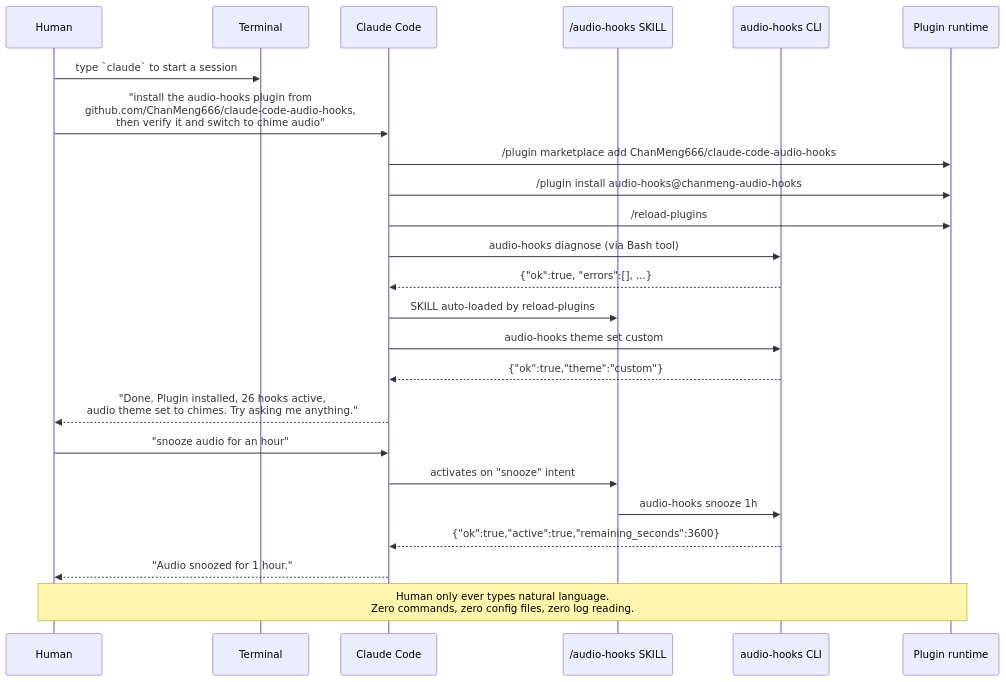
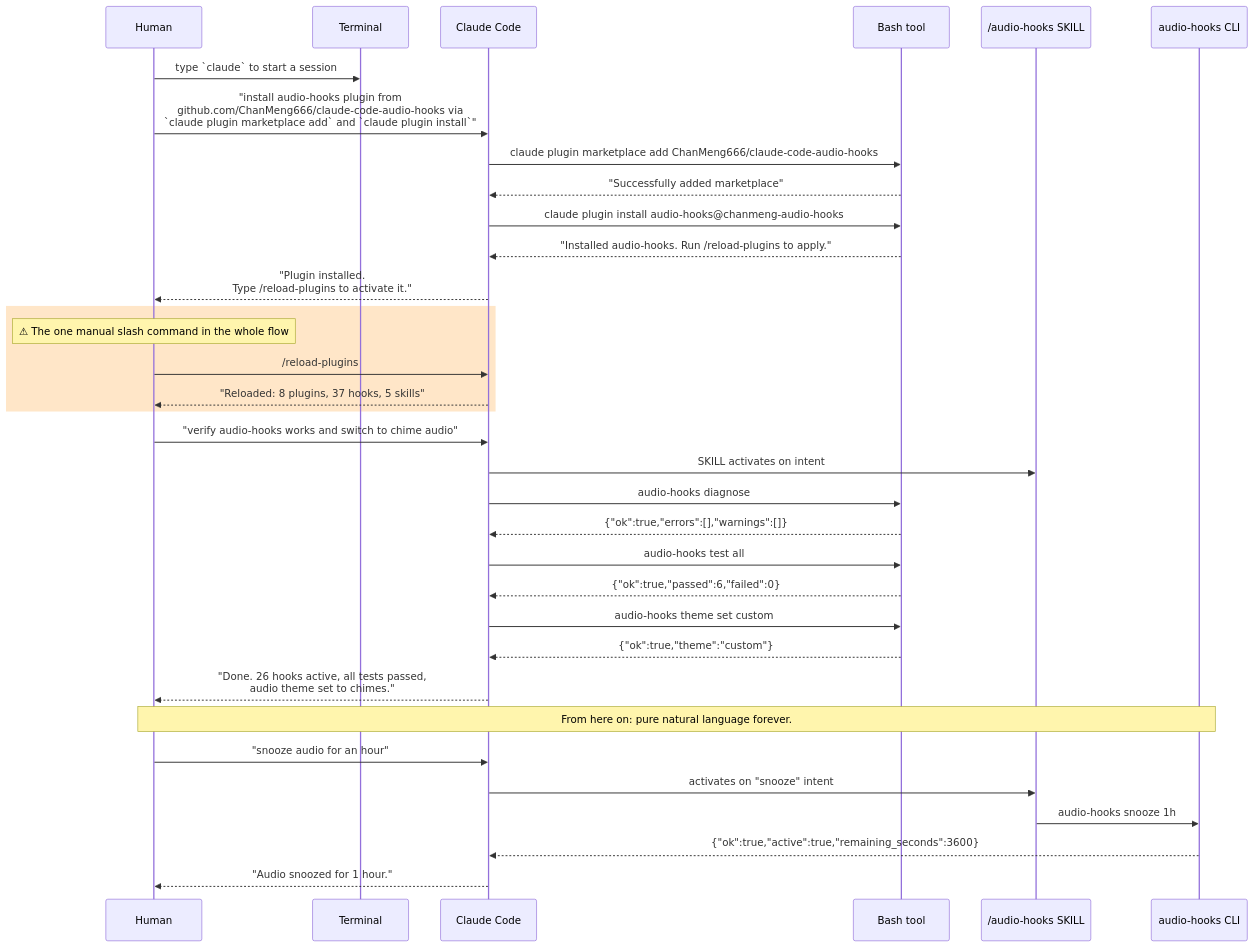
The first of 5 diagrams in README.md (tozaki1545atebau/claude-code-audio-hooks), drawn with Mermaid before and after one commit. The commit also changed other lines of this file and 10 other files, not shown here.

````diff
--- a/README.md
+++ b/README.md
@@ -56,28 +56,40 @@
 ```mermaid
 sequenceDiagram
     participant Human
     participant Terminal
     participant Claude as Claude Code
+    participant Bash as Bash tool
     participant Skill as /audio-hooks SKILL
     participant CLI as audio-hooks CLI
-    participant Plugin as Plugin runtime
 
     Human->>Terminal: type `claude` to start a session
-    Human->>Claude: "install the audio-hooks plugin from<br/>github.com/ChanMeng666/claude-code-audio-hooks,<br/>then verify it and switch to chime audio"
-    Claude->>Plugin: /plugin marketplace add ChanMeng666/claude-code-audio-hooks
-    Claude->>Plugin: /plugin install audio-hooks@chanmeng-audio-hooks
-    Claude->>Plugin: /reload-plugins
-    Claude->>CLI: audio-hooks diagnose (via Bash tool)
-    CLI-->>Claude: {"ok":true, "errors":[], ...}
-    Claude->>Skill: SKILL auto-loaded by reload-plugins
-    Claude->>CLI: audio-hooks theme set custom
-    CLI-->>Claude: {"ok":true,"theme":"custom"}
-    Claude-->>Human: "Done. Plugin installed, 26 hooks active,<br/>audio theme set to chimes. Try asking me anything."
+    Human->>Claude: "install audio-hooks plugin from<br/>github.com/ChanMeng666/claude-code-audio-hooks via<br/>`claude plugin marketplace add` and `claude plugin install`"
+    Claude->>Bash: claude plugin marketplace add ChanMeng666/claude-code-audio-hooks
+    Bash-->>Claude: "Successfully added marketplace"
+    Claude->>Bash: claude plugin install audio-hooks@chanmeng-audio-hooks
+    Bash-->>Claude: "Installed audio-hooks. Run /reload-plugins to apply."
+    Claude-->>Human: "Plugin installed.<br/>Type /reload-plugins to activate it."
+
+    rect rgb(255, 230, 200)
+        Note over Human: ⚠ The one manual slash command in the whole flow
+        Human->>Claude: /reload-plugins
+        Claude-->>Human: "Reloaded: 8 plugins, 37 hooks, 5 skills"
+    end
+
+    Human->>Claude: "verify audio-hooks works and switch to chime audio"
+    Claude->>Skill: SKILL activates on intent
+    Claude->>Bash: audio-hooks diagnose
+    Bash-->>Claude: {"ok":true,"errors":[],"warnings":[]}
+    Claude->>Bash: audio-hooks test all
+    Bash-->>Claude: {"ok":true,"passed":6,"failed":0}
+    Claude->>Bash: audio-hooks theme set custom
+    Bash-->>Claude: {"ok":true,"theme":"custom"}
+    Claude-->>Human: "Done. 26 hooks active, all tests passed,<br/>audio theme set to chimes."
+
+    Note over Human,CLI: From here on: pure natural language forever.
     Human->>Claude: "snooze audio for an hour"
     Claude->>Skill: activates on "snooze" intent
     Skill->>CLI: audio-hooks snooze 1h
     CLI-->>Claude: {"ok":true,"active":true,"remaining_seconds":3600}
     Claude-->>Human: "Audio snoozed for 1 hour."
-
-    Note over Human,Plugin: Human only ever types natural language.<br/>Zero commands, zero config files, zero log reading.
 ```
````
